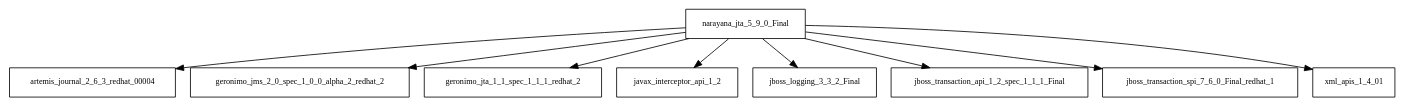
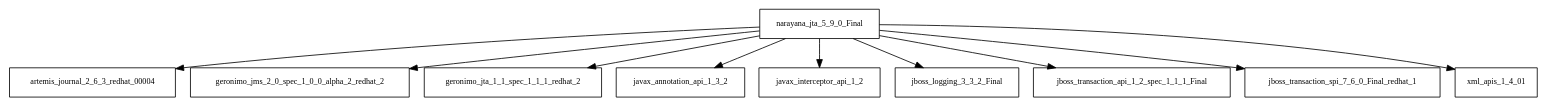
The diagram in tattleTaleReport/graphviz/narayana-jta-5.9.0.Final.jar/narayana-jta-5.9.0.Final.jar.dot (Hack23/cia), drawn with Graphviz before and after one commit. The commit also changed 4165 other files, not shown here.

```diff
--- a/tattleTaleReport/graphviz/narayana-jta-5.9.0.Final.jar/narayana-jta-5.9.0.Final.jar.dot
+++ b/tattleTaleReport/graphviz/narayana-jta-5.9.0.Final.jar/narayana-jta-5.9.0.Final.jar.dot
@@ -1,11 +1,12 @@
 digraph narayana_jta_5_9_0_Final_dependencies {
   node [shape = box, fontsize=10.0];
   narayana_jta_5_9_0_Final -> artemis_journal_2_6_3_redhat_00004;
   narayana_jta_5_9_0_Final -> geronimo_jms_2_0_spec_1_0_0_alpha_2_redhat_2;
   narayana_jta_5_9_0_Final -> geronimo_jta_1_1_spec_1_1_1_redhat_2;
+  narayana_jta_5_9_0_Final -> javax_annotation_api_1_3_2;
   narayana_jta_5_9_0_Final -> javax_interceptor_api_1_2;
   narayana_jta_5_9_0_Final -> jboss_logging_3_3_2_Final;
   narayana_jta_5_9_0_Final -> jboss_transaction_api_1_2_spec_1_1_1_Final;
   narayana_jta_5_9_0_Final -> jboss_transaction_spi_7_6_0_Final_redhat_1;
   narayana_jta_5_9_0_Final -> xml_apis_1_4_01;
 }
```
